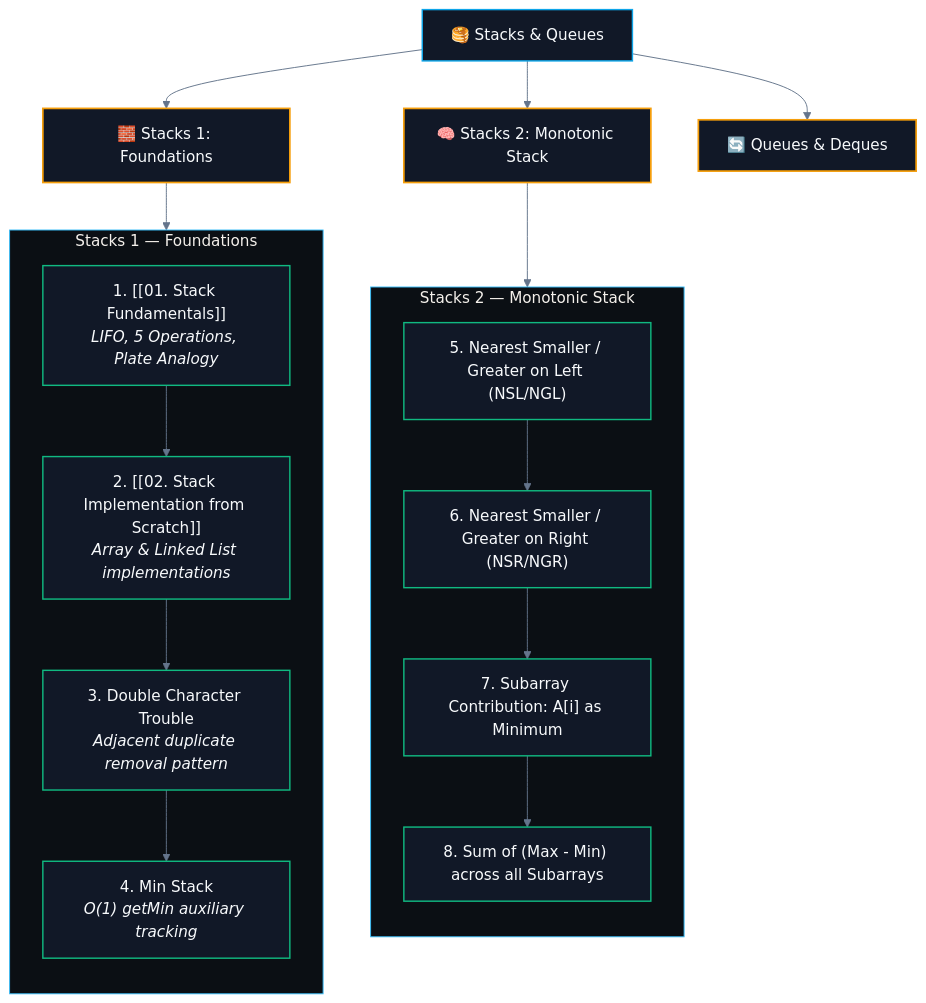
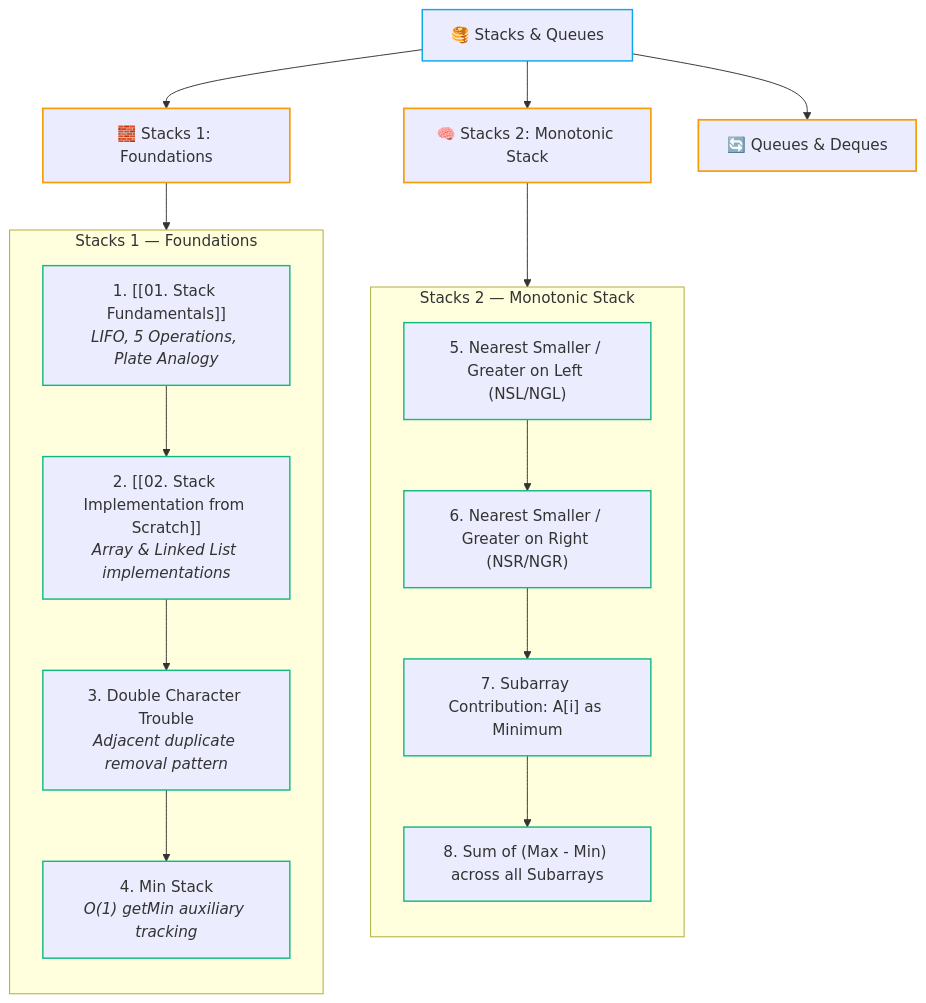
The diagram in CS/DSA/06. Stacks & Queues/00. Stacks & Queues Core.md (abhinavbharti2345/CS_Notes), drawn with Mermaid before and after one commit. The commit also changed 91 other files, not shown here.

````diff
--- a/CS/DSA/06. Stacks & Queues/00. Stacks & Queues Core.md
+++ b/CS/DSA/06. Stacks & Queues/00. Stacks & Queues Core.md
@@ -23,35 +23,34 @@
 ```mermaid
-%%{init: {'theme': 'base', 'themeVariables': { 'darkMode': true, 'background': '#0B0F14', 'mainBkg': '#111827', 'primaryColor': '#111827', 'primaryTextColor': '#F8FAFC', 'primaryBorderColor': '#38BDF8', 'lineColor': '#64748B', 'secondaryColor': '#0B0F14', 'tertiaryColor': '#0B0F14', 'clusterBkg': '#0B0F14', 'clusterBorder': '#38BDF8' }}}%%
 flowchart TD
     SQ["🥞 Stacks & Queues"] --> S1["🧱 Stacks 1: Foundations"]
     SQ --> S2["🧠 Stacks 2: Monotonic Stack"]
     SQ --> Q["🔄 Queues & Deques"]
 
     subgraph S1_Flow ["Stacks 1 — Foundations"]
         direction TB
         F1["1. [[01. Stack Fundamentals]]<br/><i>LIFO, 5 Operations, Plate Analogy</i>"]
         F2["2. [[02. Stack Implementation from Scratch]]<br/><i>Array & Linked List implementations</i>"]
         F3["3. Double Character Trouble<br/><i>Adjacent duplicate removal pattern</i>"]
         F4["4. Min Stack<br/><i>O(1) getMin auxiliary tracking</i>"]
         F1 --> F2 --> F3 --> F4
     end
 
     subgraph S2_Flow ["Stacks 2 — Monotonic Stack"]
         direction TB
         M1["5. Nearest Smaller / Greater on Left (NSL/NGL)"]
         M2["6. Nearest Smaller / Greater on Right (NSR/NGR)"]
         M3["7. Subarray Contribution: A[i] as Minimum"]
         M4["8. Sum of (Max - Min) across all Subarrays"]
         M1 --> M2 --> M3 --> M4
     end
 
     S1 --> S1_Flow
     S2 --> S2_Flow
 
-    classDef core fill:#111827,stroke:#0ea5e9,stroke-width:1.5px,color:#F8FAFC;
-    classDef section fill:#111827,stroke:#f59e0b,stroke-width:1.8px,color:#F8FAFC;
-    classDef step fill:#111827,stroke:#10b981,stroke-width:1.5px,color:#F8FAFC;
+    classDef core stroke:#0ea5e9,stroke-width:1.5px;
+    classDef section stroke:#f59e0b,stroke-width:1.8px;
+    classDef step stroke:#10b981,stroke-width:1.5px;
     class SQ core;
     class S1,S2,Q section;
     class F1,F2,F3,F4,M1,M2,M3,M4 step;
 ```
````
